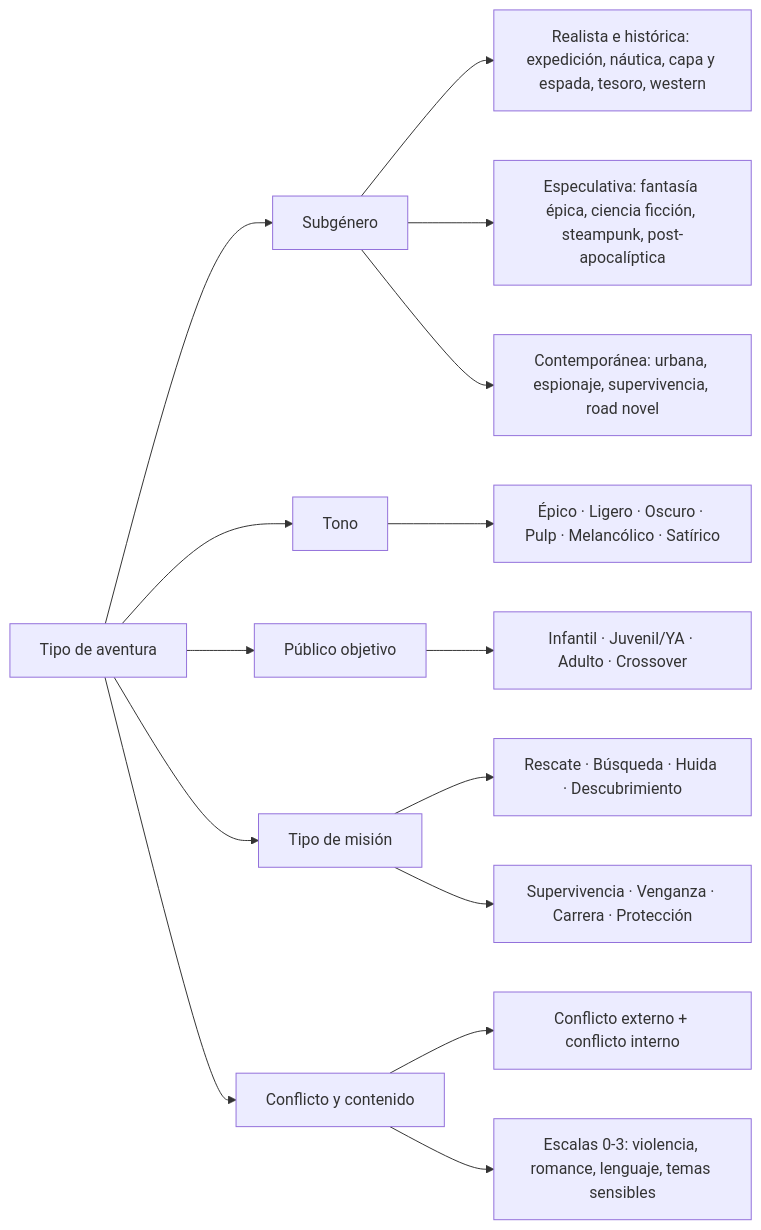
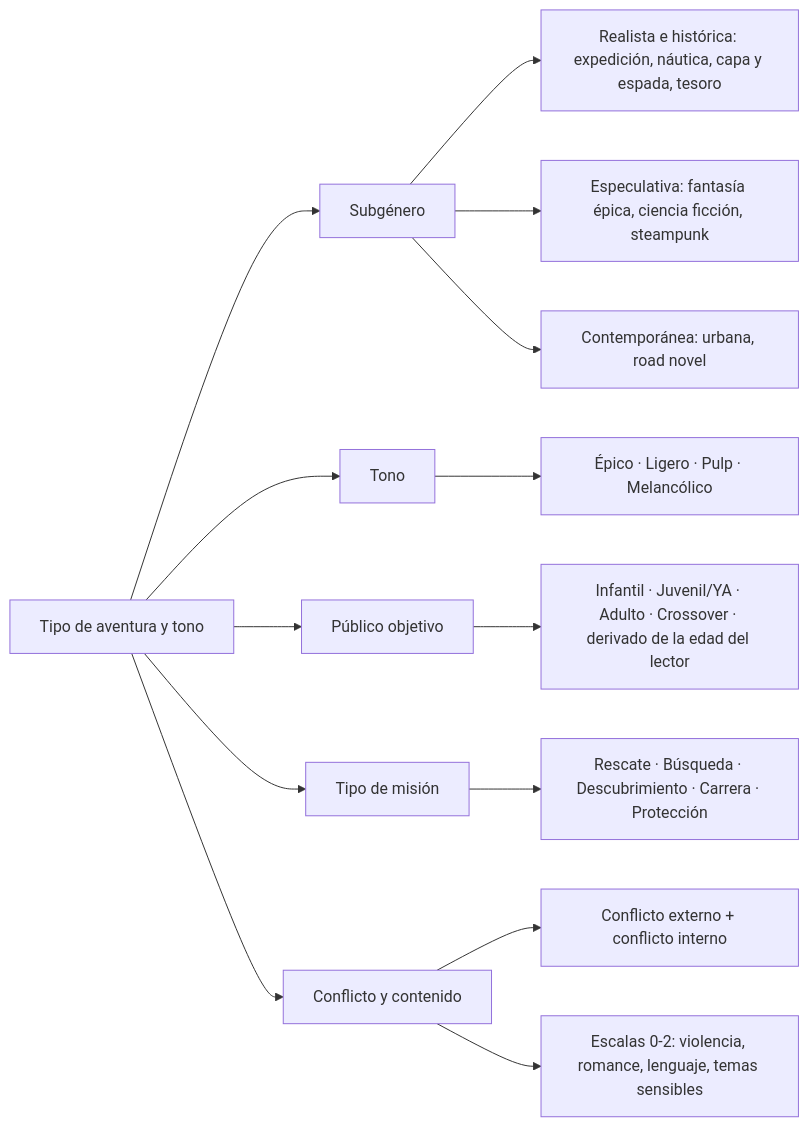
The third of 11 diagrams in docs/domain-knowledge.md (Asieribarz/my-story-marker), drawn with Mermaid before and after one commit. The commit also changed other lines of this file and 6 other files, not shown here.

````diff
--- a/docs/domain-knowledge.md
+++ b/docs/domain-knowledge.md
@@ -55,19 +59,18 @@
 ```mermaid
 flowchart LR
-  T["Tipo de aventura"] --> T1["Subgénero"]
+  T["Tipo de aventura y tono"] --> T1["Subgénero"]
   T --> T2["Tono"]
   T --> T3["Público objetivo"]
   T --> T4["Tipo de misión"]
   T --> T5["Conflicto y contenido"]
 
-  T1 --> T1a["Realista e histórica: expedición, náutica, capa y espada, tesoro, western"]
-  T1 --> T1b["Especulativa: fantasía épica, ciencia ficción, steampunk, post-apocalíptica"]
-  T1 --> T1c["Contemporánea: urbana, espionaje, supervivencia, road novel"]
+  T1 --> T1a["Realista e histórica: expedición, náutica, capa y espada, tesoro"]
+  T1 --> T1b["Especulativa: fantasía épica, ciencia ficción, steampunk"]
+  T1 --> T1c["Contemporánea: urbana, road novel"]
 
-  T2 --> T2a["Épico · Ligero · Oscuro · Pulp · Melancólico · Satírico"]
-  T3 --> T3a["Infantil · Juvenil/YA · Adulto · Crossover"]
-  T4 --> T4a["Rescate · Búsqueda · Huida · Descubrimiento"]
-  T4 --> T4b["Supervivencia · Venganza · Carrera · Protección"]
+  T2 --> T2a["Épico · Ligero · Pulp · Melancólico"]
+  T3 --> T3a["Infantil · Juvenil/YA · Adulto · Crossover · derivado de la edad del lector"]
+  T4 --> T4a["Rescate · Búsqueda · Descubrimiento · Carrera · Protección"]
   T5 --> T5a["Conflicto externo + conflicto interno"]
-  T5 --> T5b["Escalas 0-3: violencia, romance, lenguaje, temas sensibles"]
+  T5 --> T5b["Escalas 0-2: violencia, romance, lenguaje, temas sensibles"]
 ```
````
